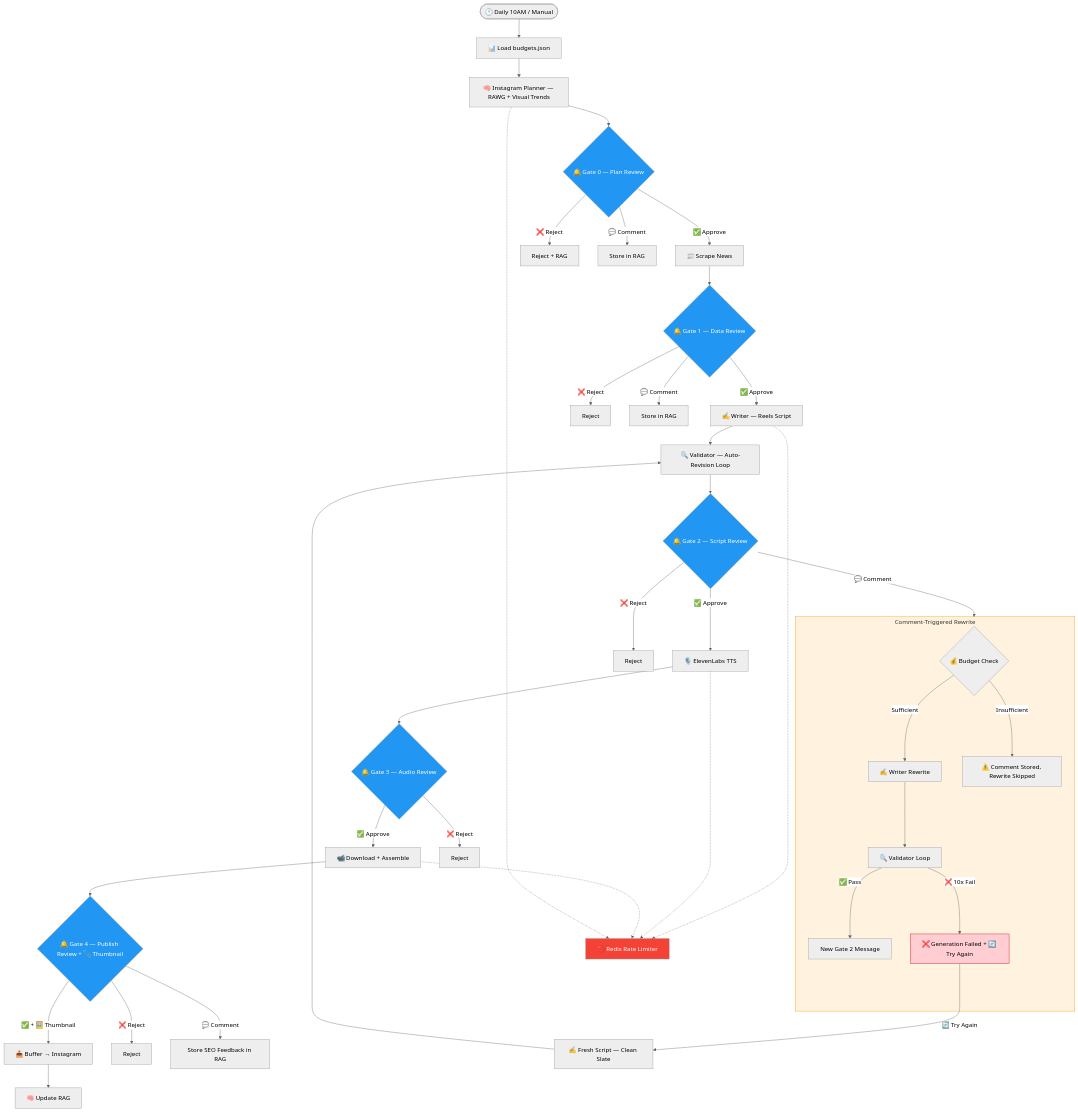
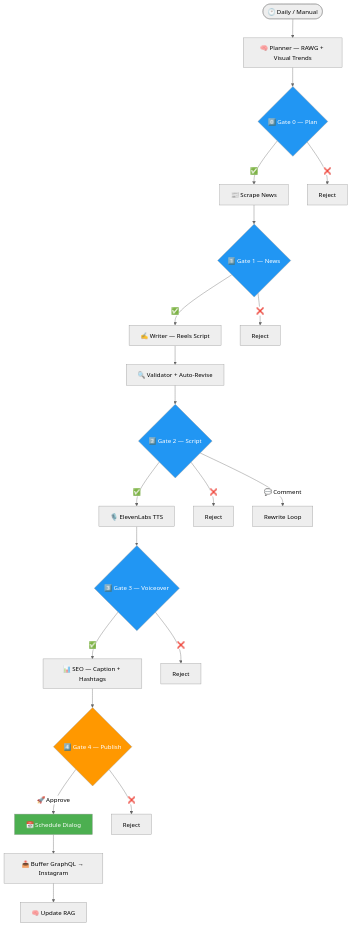
The second of 2 diagrams in pi_instagram_stack/README.md (Adamo-97/pi_setup), drawn with Mermaid (neutral theme) before and after one commit. The commit also changed other lines of this file and 3 other files, not shown here.

Commit message:
Refactor README.md for pi_x_stack: streamline architecture overview, update pipeline flow to 5-gate HITL, enhance approval gates, and improve content types. Integrate Buffer GraphQL API details and clarify project structure.

````diff
--- a/pi_instagram_stack/README.md
+++ b/pi_instagram_stack/README.md
@@ -91,57 +34,36 @@
 ```mermaid
 flowchart TD
-    START([🕐 Daily 10AM / Manual]) --> BUDGET[📊 Load budgets.json]
-    BUDGET --> PLAN[🧠 Instagram Planner — RAWG + Visual Trends]
+    START([🕐 Daily / Manual]) --> PLAN[🧠 Planner — RAWG + Visual Trends]
 
-    PLAN --> GATE0{🔔 Gate 0 — Plan Review}
-    GATE0 -- ✅ Approve --> SCRAPE[📰 Scrape News]
-    GATE0 -- ❌ Reject --> R0[Reject + RAG]
-    GATE0 -- 💬 Comment --> C0[Store in RAG]
+    PLAN --> GATE0{0️⃣ Gate 0 — Plan}
+    GATE0 -- ✅ --> SCRAPE[📰 Scrape News]
+    GATE0 -- ❌ --> R0[Reject]
 
-    SCRAPE --> GATE1{🔔 Gate 1 — Data Review}
-    GATE1 -- ✅ Approve --> SCRIPT[✍️ Writer — Reels Script]
-    GATE1 -- ❌ Reject --> R1[Reject]
-    GATE1 -- 💬 Comment --> C1[Store in RAG]
+    SCRAPE --> GATE1{1️⃣ Gate 1 — News}
+    GATE1 -- ✅ --> SCRIPT[✍️ Writer — Reels Script]
+    GATE1 -- ❌ --> R1[Reject]
 
-    SCRIPT --> VALIDATE[🔍 Validator — Auto-Revision Loop]
-    VALIDATE --> GATE2{🔔 Gate 2 — Script Review}
-    GATE2 -- ✅ Approve --> VOICE[🎙️ ElevenLabs TTS]
-    GATE2 -- ❌ Reject --> R2[Reject]
-    GATE2 -- 💬 Comment --> REWRITE
+    SCRIPT --> VALIDATE[🔍 Validator + Auto-Revise]
+    VALIDATE --> GATE2{2️⃣ Gate 2 — Script}
+    GATE2 -- ✅ --> VOICE[🎙️ ElevenLabs TTS]
+    GATE2 -- ❌ --> R2[Reject]
+    GATE2 -- 💬 Comment --> REWRITE[Rewrite Loop]
 
-    subgraph REWRITE[Comment-Triggered Rewrite]
-        CBUDGET{💰 Budget Check} -- Sufficient --> CWRITER[✍️ Writer Rewrite]
-        CWRITER --> CVALIDATE[🔍 Validator Loop]
-        CVALIDATE -- ✅ Pass --> NEWGATE2[New Gate 2 Message]
-        CVALIDATE -- ❌ 10x Fail --> CFAIL[❌ Generation Failed + 🔄 Try Again]
-        CBUDGET -- Insufficient --> CSKIP[⚠️ Comment Stored, Rewrite Skipped]
-    end
+    VOICE --> GATE3{3️⃣ Gate 3 — Voiceover}
+    GATE3 -- ✅ --> SEO[📊 SEO — Caption + Hashtags]
+    GATE3 -- ❌ --> R3[Reject]
 
-    VOICE --> GATE3{🔔 Gate 3 — Audio Review}
-    GATE3 -- ✅ Approve --> FOOTAGE[📹 Download + Assemble]
-    GATE3 -- ❌ Reject --> R3[Reject]
+    SEO --> GATE4{4️⃣ Gate 4 — Publish}
+    GATE4 -- 🚀 Approve --> DIALOG[📅 Schedule Dialog]
+    GATE4 -- ❌ --> R4[Reject]
 
-    FOOTAGE --> GATE4{🔔 Gate 4 — Publish Review + 📎 Thumbnail}
-    GATE4 -- ✅ + 🖼️ Thumbnail --> BUFFER[📤 Buffer → Instagram]
-    GATE4 -- ❌ Reject --> R4[Reject]
-    GATE4 -- 💬 Comment --> C4[Store SEO Feedback in RAG]
-
+    DIALOG --> BUFFER[📤 Buffer GraphQL → Instagram]
     BUFFER --> RAG[🧠 Update RAG]
-
-    CFAIL -- 🔄 Try Again --> FRESHSCRIPT[✍️ Fresh Script — Clean Slate]
-    FRESHSCRIPT --> VALIDATE
-
-    SCRIPT -.-> REDIS[🔴 Redis Rate Limiter]
-    VOICE -.-> REDIS
-    FOOTAGE -.-> REDIS
-    PLAN -.-> REDIS
 
     style GATE0 fill:#2196F3,color:#fff
     style GATE1 fill:#2196F3,color:#fff
     style GATE2 fill:#2196F3,color:#fff
     style GATE3 fill:#2196F3,color:#fff
-    style GATE4 fill:#2196F3,color:#fff
-    style REDIS fill:#f44336,color:#fff
-    style REWRITE fill:#FFF3E0,stroke:#FF9800
-    style CFAIL fill:#FFCDD2,stroke:#d00000
+    style GATE4 fill:#FF9800,color:#fff
+    style DIALOG fill:#4CAF50,color:#fff
 ```
````
